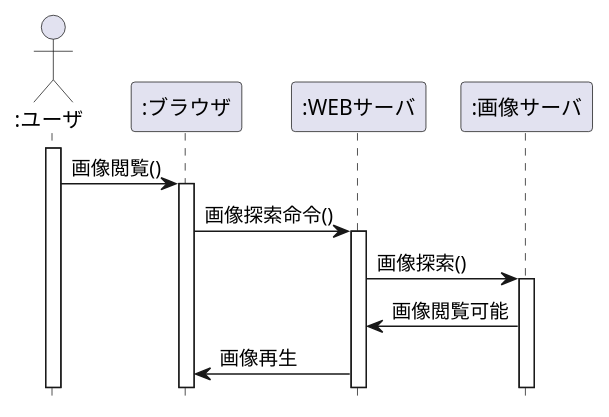
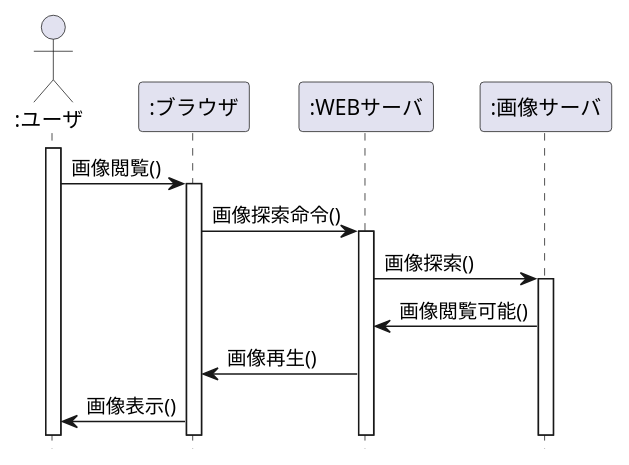
Before and after one commit to kenkensan/uml-introduction: the diagram in 演習4-6_SD_Web画像検索.pu, drawn with PlantUML.

```diff
--- a/演習4-6_SD_Web画像検索.pu
+++ b/演習4-6_SD_Web画像検索.pu
@@ -1,17 +1,18 @@
 @startuml 演習4-6
 hide footbox
 actor ":ユーザ" as actor
 participant ":ブラウザ" as boundary
 participant ":WEBサーバ" as control
 participant ":画像サーバ" as entity
 activate actor
 actor -> boundary :画像閲覧()
 activate boundary
 boundary -> control :画像探索命令()
 activate control
 control -> entity :画像探索()
 activate entity
-control <- entity :画像閲覧可能
-boundary <- control :画像再生
+control <- entity :画像閲覧可能()
+boundary <- control :画像再生()
+actor <- boundary :画像表示()
 
 @enduml
```
